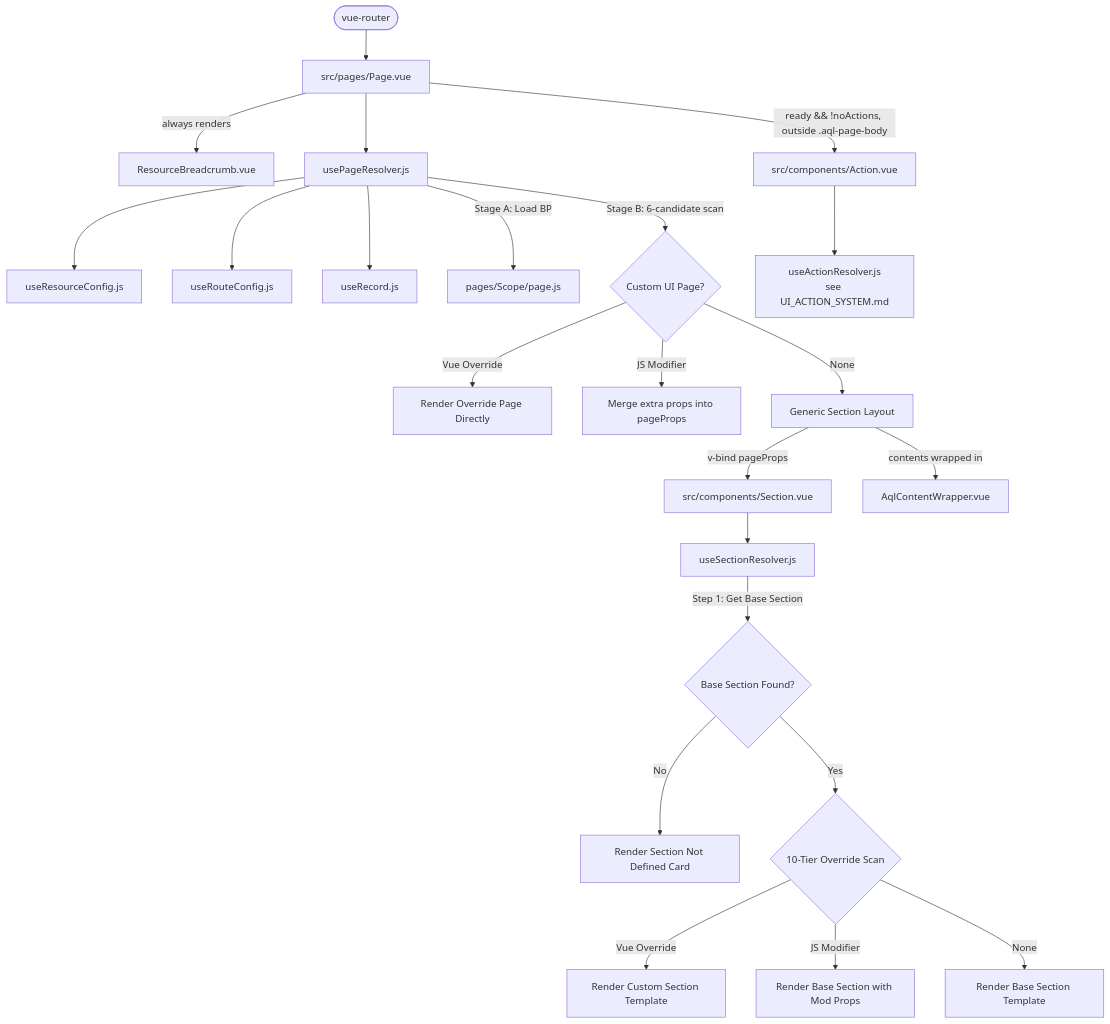
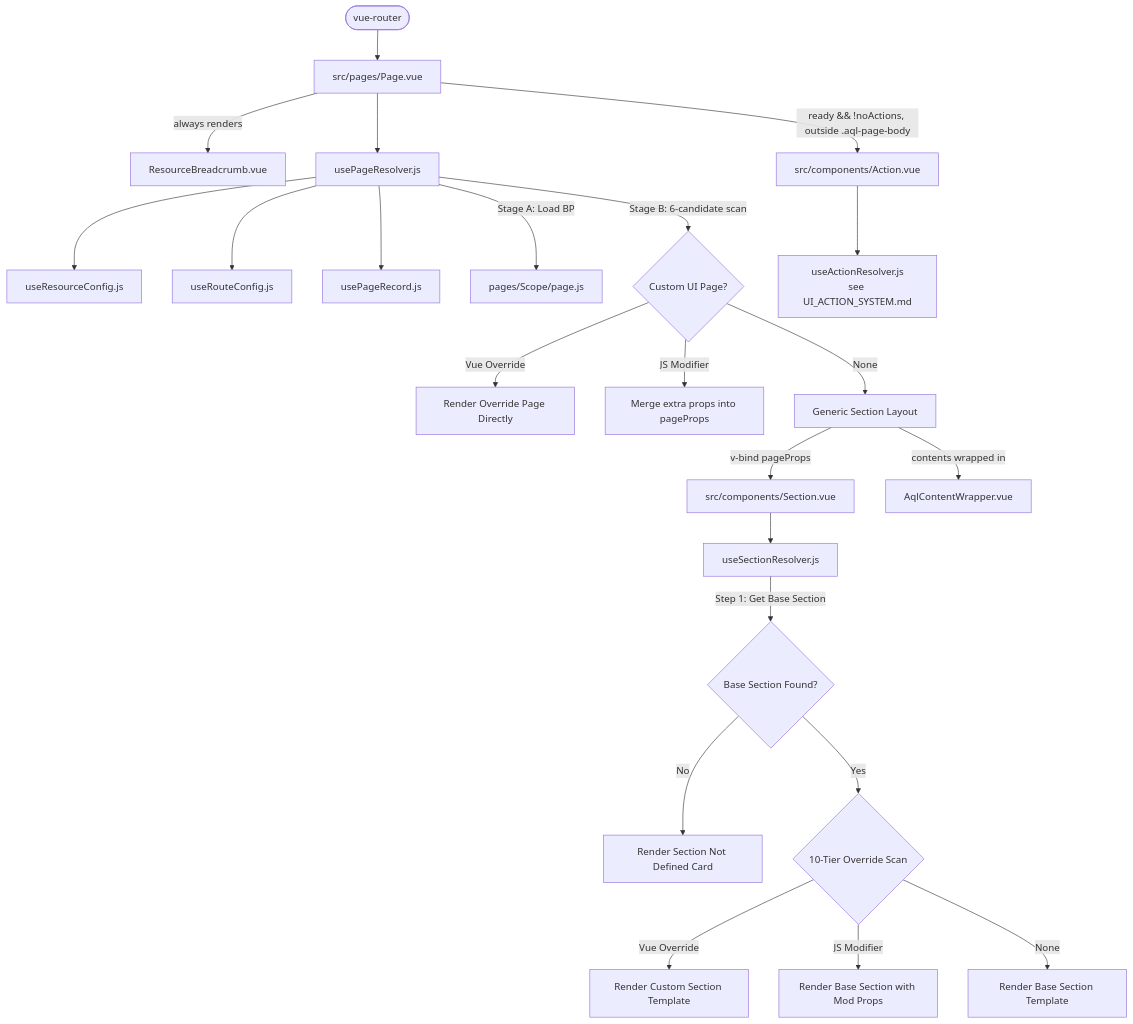
Before and after one commit to firumon/little-leap-aql: the diagram in Documents/UI_PAGE_AND_SECTION_SYSTEM.md, drawn with Mermaid. The commit also changed 13 other files, not shown here.

Commit message:
docs(architecture): document record access 3-tier boundary rules and initialization prompts

````diff
--- a/Documents/UI_PAGE_AND_SECTION_SYSTEM.md
+++ b/Documents/UI_PAGE_AND_SECTION_SYSTEM.md
@@ -60,29 +60,29 @@
 ```mermaid
 graph TD
     Router([vue-router]) --> PageVue[src/pages/Page.vue]
     PageVue --> |always renders| Breadcrumb[ResourceBreadcrumb.vue]
     PageVue --> usePageResolver[usePageResolver.js]
     usePageResolver --> useResourceConfig[useResourceConfig.js]
     usePageResolver --> useRouteConfig[useRouteConfig.js]
-    usePageResolver --> useRecord[useRecord.js]
+    usePageResolver --> usePageRecord[usePageRecord.js]
     usePageResolver --> |Stage A: Load BP| BaseContract[pages/Scope/page.js]
     usePageResolver --> |Stage B: 6-candidate scan| CustomUiPages{Custom UI Page?}
 
     CustomUiPages --> |Vue Override| CustomPage[Render Override Page Directly]
     CustomUiPages --> |JS Modifier| MergeProps[Merge extra props into pageProps]
     CustomUiPages --> |None| SectionLayout[Generic Section Layout]
 
     SectionLayout --> |v-bind pageProps| SectionVue[src/components/Section.vue]
     SectionLayout --> |contents wrapped in| AqlContentWrapper[AqlContentWrapper.vue]
     PageVue --> |ready && !noActions, outside .aql-page-body| ActionVue[src/components/Action.vue]
     ActionVue --> useActionResolver[useActionResolver.js<br/>see UI_ACTION_SYSTEM.md]
 
     SectionVue --> useSectionResolver[useSectionResolver.js]
     useSectionResolver --> |Step 1: Get Base Section| BaseSection{Base Section Found?}
     BaseSection --> |No| UndefinedCard[Render Section Not Defined Card]
     BaseSection --> |Yes| OverrideScan{10-Tier Override Scan}
 
     OverrideScan --> |Vue Override| CustomSection[Render Custom Section Template]
     OverrideScan --> |JS Modifier| RenderBaseWithJS[Render Base Section with Mod Props]
     OverrideScan --> |None| RenderBase[Render Base Section Template]
 ```
````
